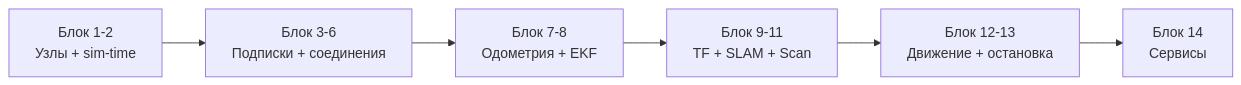
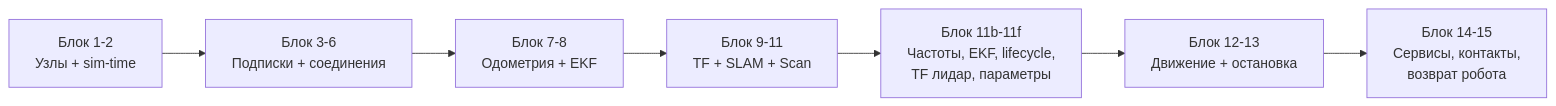
Before and after one commit to RedAlexDad/WalkingRobotSim: the third of 4 diagrams in reports/testing/2026-08-22_integration-testing-report.md, drawn with Mermaid. The commit also changed other lines of this file and 1 other file, not shown here.

````diff
--- a/reports/testing/2026-08-22_integration-testing-report.md
+++ b/reports/testing/2026-08-22_integration-testing-report.md
@@ -181,8 +196,9 @@
 ```mermaid
 graph LR
     A[Блок 1-2<br>Узлы + sim-time] --> B[Блок 3-6<br>Подписки + соединения]
     B --> C[Блок 7-8<br>Одометрия + EKF]
     C --> D[Блок 9-11<br>TF + SLAM + Scan]
-    D --> E[Блок 12-13<br>Движение + остановка]
-    E --> F[Блок 14<br>Сервисы]
+    D --> G[Блок 11b-11f<br>Частоты, EKF, lifecycle,<br>TF лидар, параметры]
+    G --> E[Блок 12-13<br>Движение + остановка]
+    E --> F[Блок 14-15<br>Сервисы, контакты,<br>возврат робота]
 ```
````
